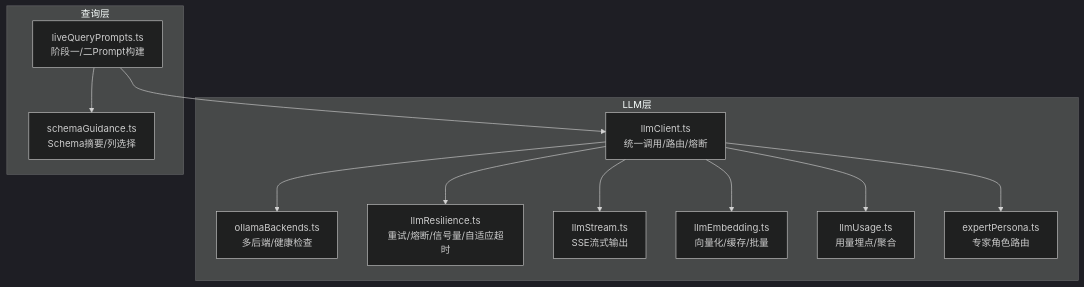
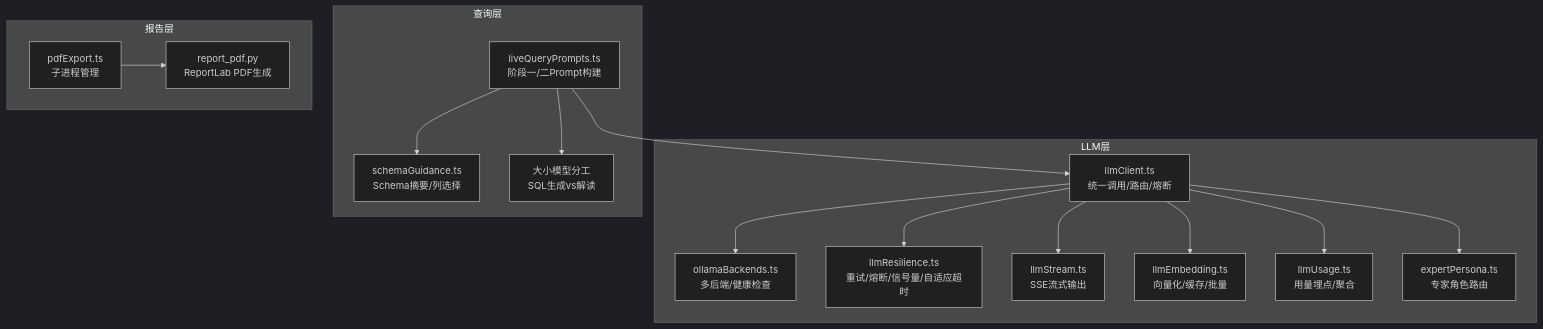
The first of 6 diagrams in .qoder/repowiki/zh/content/AI与LLM集成/AI与LLM集成.md (dgjin/smart-data-analytics), drawn with Mermaid (dark theme) before and after one commit. The commit also changed other lines of this file and 100 other files, not shown here.

````diff
--- a/.qoder/repowiki/zh/content/AI与LLM集成/AI与LLM集成.md
+++ b/.qoder/repowiki/zh/content/AI与LLM集成/AI与LLM集成.md
@@ -36,24 +48,31 @@
 ```mermaid
 graph TB
 subgraph "LLM层"
 A["llmClient.ts<br/>统一调用/路由/熔断"]
 B["ollamaBackends.ts<br/>多后端/健康检查"]
 C["llmResilience.ts<br/>重试/熔断/信号量/自适应超时"]
 D["llmStream.ts<br/>SSE流式输出"]
 E["llmEmbedding.ts<br/>向量化/缓存/批量"]
 F["llmUsage.ts<br/>用量埋点/聚合"]
 G["expertPersona.ts<br/>专家角色路由"]
 end
 subgraph "查询层"
 H["liveQueryPrompts.ts<br/>阶段一/二Prompt构建"]
 I["schemaGuidance.ts<br/>Schema摘要/列选择"]
+J["大小模型分工<br/>SQL生成vs解读"]
+end
+subgraph "报告层"
+K["pdfExport.ts<br/>子进程管理"]
+L["report_pdf.py<br/>ReportLab PDF生成"]
 end
 A --> B
 A --> C
 A --> D
 A --> E
 A --> F
 A --> G
 H --> I
 H --> A
+H --> J
+K --> L
 ```
````
